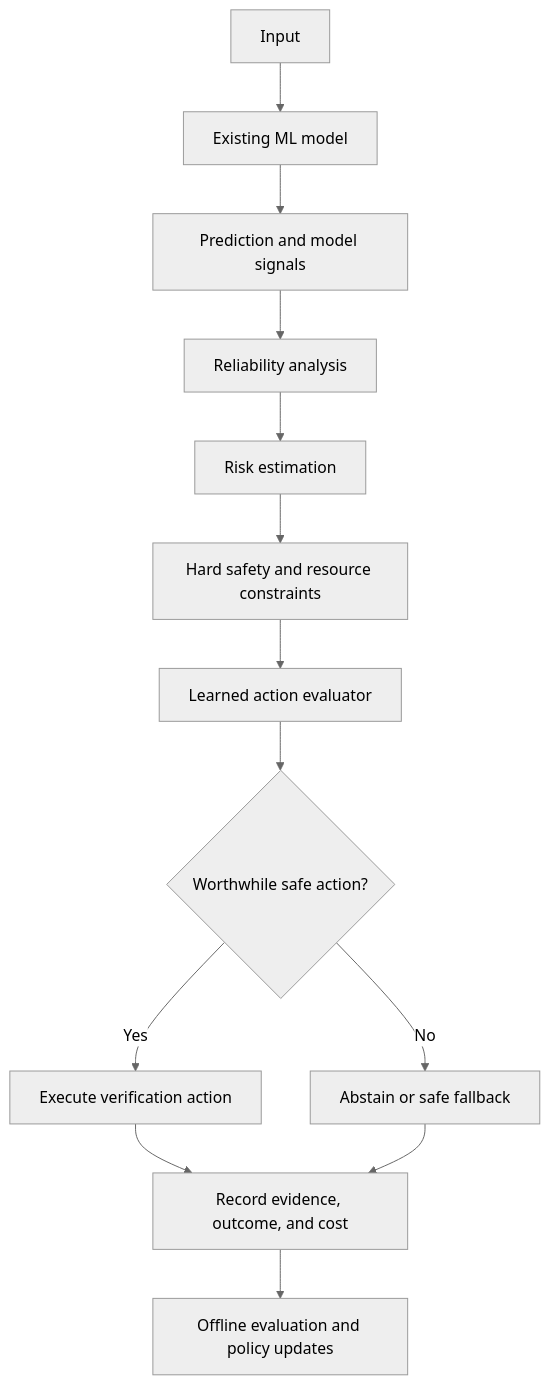
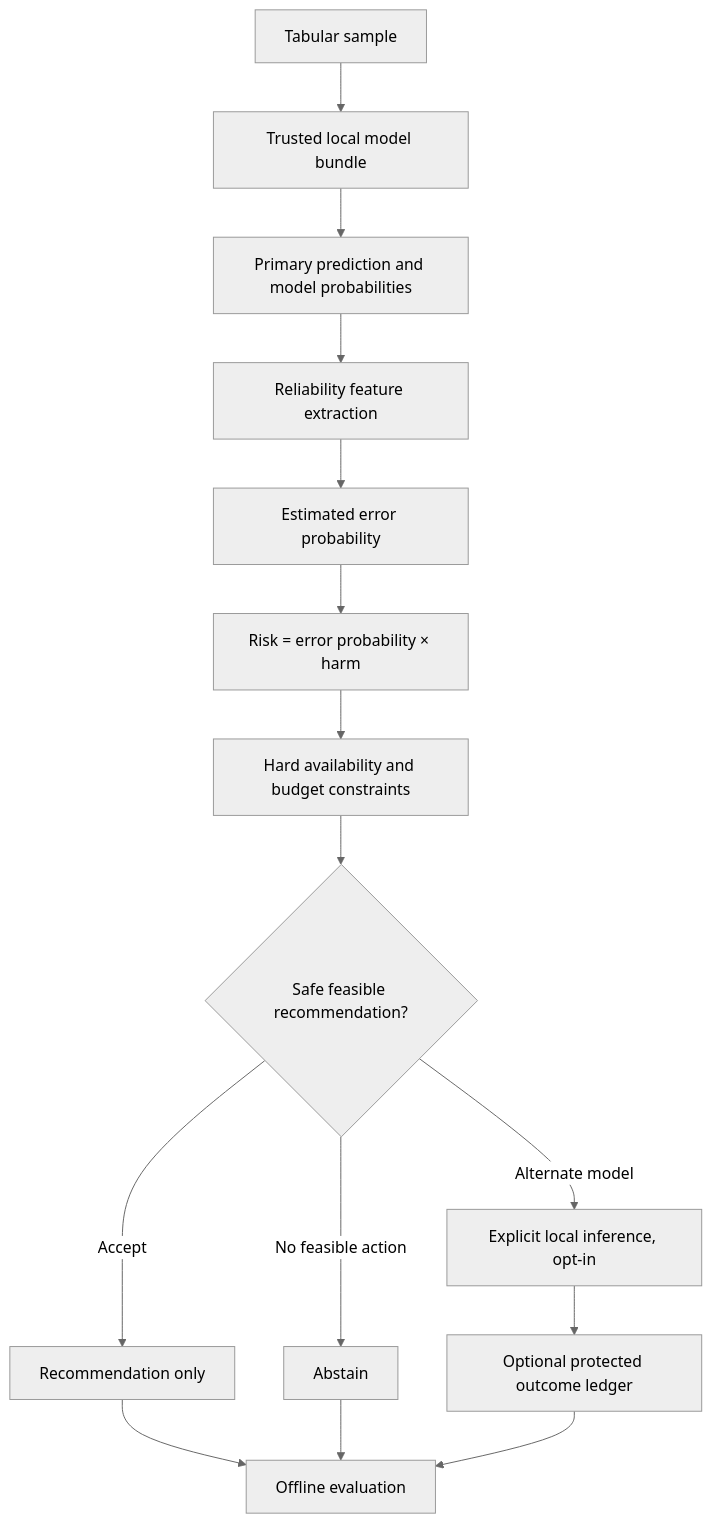
One commit to swara2402/Vimarsh changed the diagram in docs/architecture.md. Above: the diagram before and after it, drawn with Mermaid (neutral theme). The commit also changed other lines of this file, not shown here.

Commit message:
Align architecture documentation with implemented research-preview behavior (#33)

````diff
--- a/docs/architecture.md
+++ b/docs/architecture.md
@@ -5,15 +5,17 @@
 ```mermaid
 flowchart TD
-    A[Input] --> B[Existing ML model]
-    B --> C[Prediction and model signals]
-    C --> D[Reliability analysis]
-    D --> E[Risk estimation]
-    E --> F[Hard safety and resource constraints]
-    F --> G[Learned action evaluator]
-    G --> H{Worthwhile safe action?}
-    H -->|Yes| I[Execute verification action]
-    H -->|No| J[Abstain or safe fallback]
-    I --> K[Record evidence, outcome, and cost]
-    J --> K
-    K --> L[Offline evaluation and policy updates]
+    A[Tabular sample] --> B[Trusted local model bundle]
+    B --> C[Primary prediction and model probabilities]
+    C --> D[Reliability feature extraction]
+    D --> E[Estimated error probability]
+    E --> F[Risk = error probability × harm]
+    F --> G[Hard availability and budget constraints]
+    G --> H{Safe feasible recommendation?}
+    H -->|Accept| I[Recommendation only]
+    H -->|Alternate model| J[Explicit local inference, opt-in]
+    H -->|No feasible action| K[Abstain]
+    J --> L[Optional protected outcome ledger]
+    I --> M[Offline evaluation]
+    K --> M
+    L --> M
 ```
````
